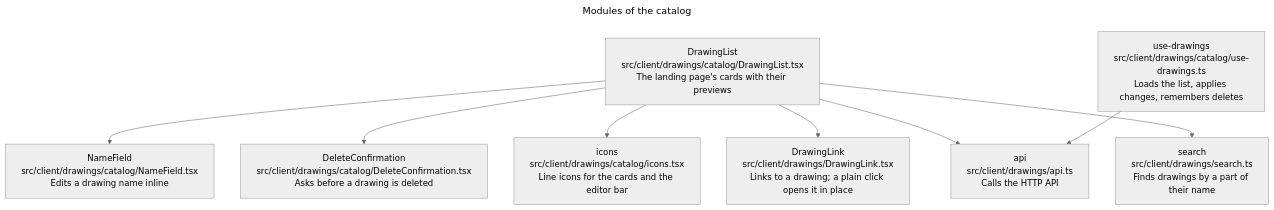
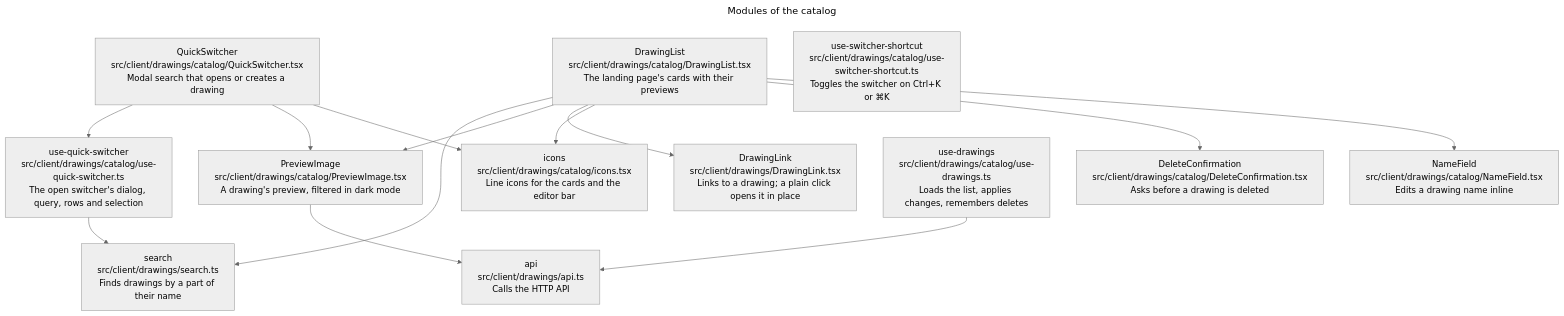
One commit to remshams/excalidraw-dashboard changed the seventh of 10 diagrams in docs/architecture/architecture.md. Above: the diagram before and after it, drawn with Mermaid (neutral theme). The commit also changed other lines of this file and 1 other file, not shown here.

Commit message:
docs(Architecture): describe the quick switcher

````diff
--- a/docs/architecture/architecture.md
+++ b/docs/architecture/architecture.md
@@ -180,16 +180,23 @@
 ```mermaid
 ---
 title: Modules of the catalog
 ---
 flowchart TD
     list["DrawingList<br>src/client/drawings/catalog/DrawingList.tsx<br>The landing page's cards with their previews"]:::module
+    switcher["QuickSwitcher<br>src/client/drawings/catalog/QuickSwitcher.tsx<br>Modal search that opens or creates a drawing"]:::module
+    switcherState["use-quick-switcher<br>src/client/drawings/catalog/use-quick-switcher.ts<br>The open switcher's dialog, query, rows and selection"]:::module
+    shortcut["use-switcher-shortcut<br>src/client/drawings/catalog/use-switcher-shortcut.ts<br>Toggles the switcher on Ctrl+K or ⌘K"]:::module
+    previewImage["PreviewImage<br>src/client/drawings/catalog/PreviewImage.tsx<br>A drawing's preview, filtered in dark mode"]:::module
     name["NameField<br>src/client/drawings/catalog/NameField.tsx<br>Edits a drawing name inline"]:::module
     confirm["DeleteConfirmation<br>src/client/drawings/catalog/DeleteConfirmation.tsx<br>Asks before a drawing is deleted"]:::module
     icons["icons<br>src/client/drawings/catalog/icons.tsx<br>Line icons for the cards and the editor bar"]:::module
     drawings["use-drawings<br>src/client/drawings/catalog/use-drawings.ts<br>Loads the list, applies changes, remembers deletes"]:::module
     link["DrawingLink<br>src/client/drawings/DrawingLink.tsx<br>Links to a drawing; a plain click opens it in place"]:::module
     api["api<br>src/client/drawings/api.ts<br>Calls the HTTP API"]:::module
     search["search<br>src/client/drawings/search.ts<br>Finds drawings by a part of their name"]:::module
-    list --> name & confirm & icons & link & api & search
+    list --> name & confirm & icons & link & previewImage & search
+    switcher --> icons & previewImage & switcherState
+    switcherState --> search
+    previewImage --> api
     drawings --> api
 ```
````
